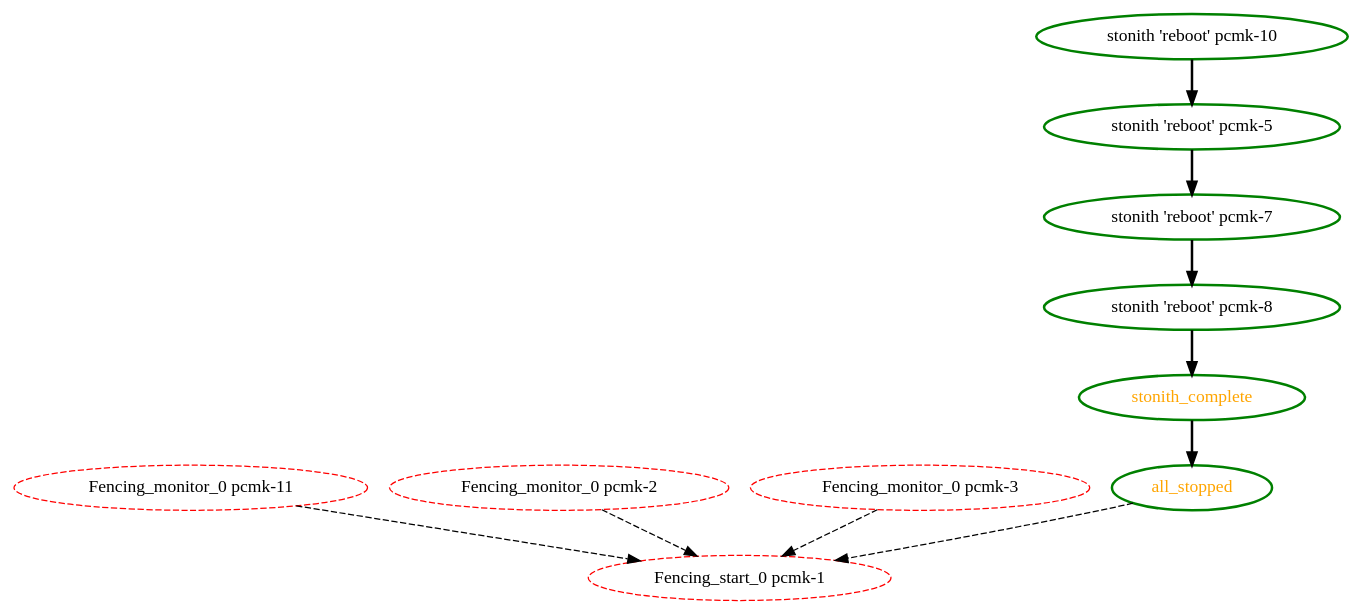
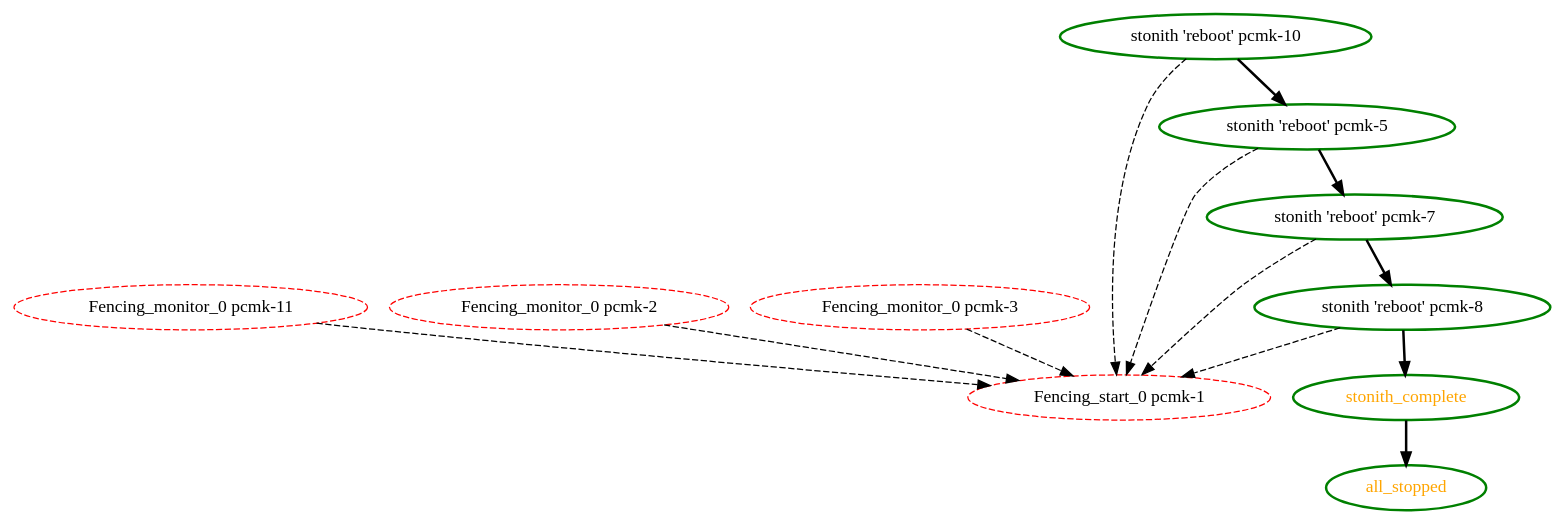
One commit to ClusterLabs/pacemaker changed the diagram in pengine/test10/stonith-4.dot. Above: the diagram before and after it, drawn with Graphviz. The commit also changed 141 other files, not shown here.

```diff
--- a/pengine/test10/stonith-4.dot
+++ b/pengine/test10/stonith-4.dot
@@ -1,21 +1,24 @@
 digraph "g" {
 "Fencing_monitor_0 pcmk-11" -> "Fencing_start_0 pcmk-1" [ style = dashed]
 "Fencing_monitor_0 pcmk-11" [ style=dashed color="red" fontcolor="black"]
 "Fencing_monitor_0 pcmk-2" -> "Fencing_start_0 pcmk-1" [ style = dashed]
 "Fencing_monitor_0 pcmk-2" [ style=dashed color="red" fontcolor="black"]
 "Fencing_monitor_0 pcmk-3" -> "Fencing_start_0 pcmk-1" [ style = dashed]
 "Fencing_monitor_0 pcmk-3" [ style=dashed color="red" fontcolor="black"]
 "Fencing_start_0 pcmk-1" [ style=dashed color="red" fontcolor="black"]
-"all_stopped" -> "Fencing_start_0 pcmk-1" [ style = dashed]
 "all_stopped" [ style=bold color="green" fontcolor="orange"]
+"stonith 'reboot' pcmk-10" -> "Fencing_start_0 pcmk-1" [ style = dashed]
 "stonith 'reboot' pcmk-10" -> "stonith 'reboot' pcmk-5" [ style = bold]
 "stonith 'reboot' pcmk-10" [ style=bold color="green" fontcolor="black"]
+"stonith 'reboot' pcmk-5" -> "Fencing_start_0 pcmk-1" [ style = dashed]
 "stonith 'reboot' pcmk-5" -> "stonith 'reboot' pcmk-7" [ style = bold]
 "stonith 'reboot' pcmk-5" [ style=bold color="green" fontcolor="black"]
+"stonith 'reboot' pcmk-7" -> "Fencing_start_0 pcmk-1" [ style = dashed]
 "stonith 'reboot' pcmk-7" -> "stonith 'reboot' pcmk-8" [ style = bold]
 "stonith 'reboot' pcmk-7" [ style=bold color="green" fontcolor="black"]
+"stonith 'reboot' pcmk-8" -> "Fencing_start_0 pcmk-1" [ style = dashed]
 "stonith 'reboot' pcmk-8" -> "stonith_complete" [ style = bold]
 "stonith 'reboot' pcmk-8" [ style=bold color="green" fontcolor="black"]
 "stonith_complete" -> "all_stopped" [ style = bold]
 "stonith_complete" [ style=bold color="green" fontcolor="orange"]
 }
```
